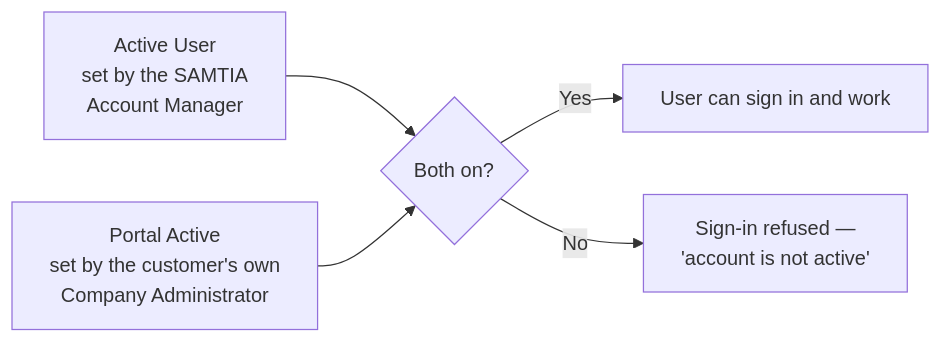
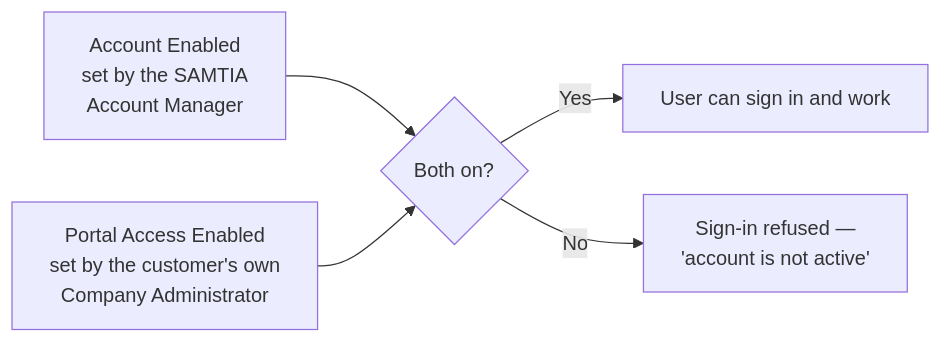
One commit to LaplaceSoftware/lp_projects_docs changed the second of 2 diagrams in docs/b2b_ecommerce_docs/_user_guide/002-User-Roles-and-Permissions.md. Above: the diagram before and after it, drawn with Mermaid. The commit also changed other lines of this file and 48 other files, not shown here.

````diff
--- a/docs/b2b_ecommerce_docs/_user_guide/002-User-Roles-and-Permissions.md
+++ b/docs/b2b_ecommerce_docs/_user_guide/002-User-Roles-and-Permissions.md
@@ -81,7 +81,7 @@
 ```mermaid
 flowchart LR
-    A["Active User<br/>set by the SAMTIA<br/>Account Manager"] --> AND{"Both on?"}
-    B["Portal Active<br/>set by the customer's own<br/>Company Administrator"] --> AND
+    A["Account Enabled<br/>set by the SAMTIA<br/>Account Manager"] --> AND{"Both on?"}
+    B["Portal Access Enabled<br/>set by the customer's own<br/>Company Administrator"] --> AND
     AND -->|Yes| OK["User can sign in and work"]
     AND -->|No| NO["Sign-in refused —<br/>'account is not active'"]
 ```
````
